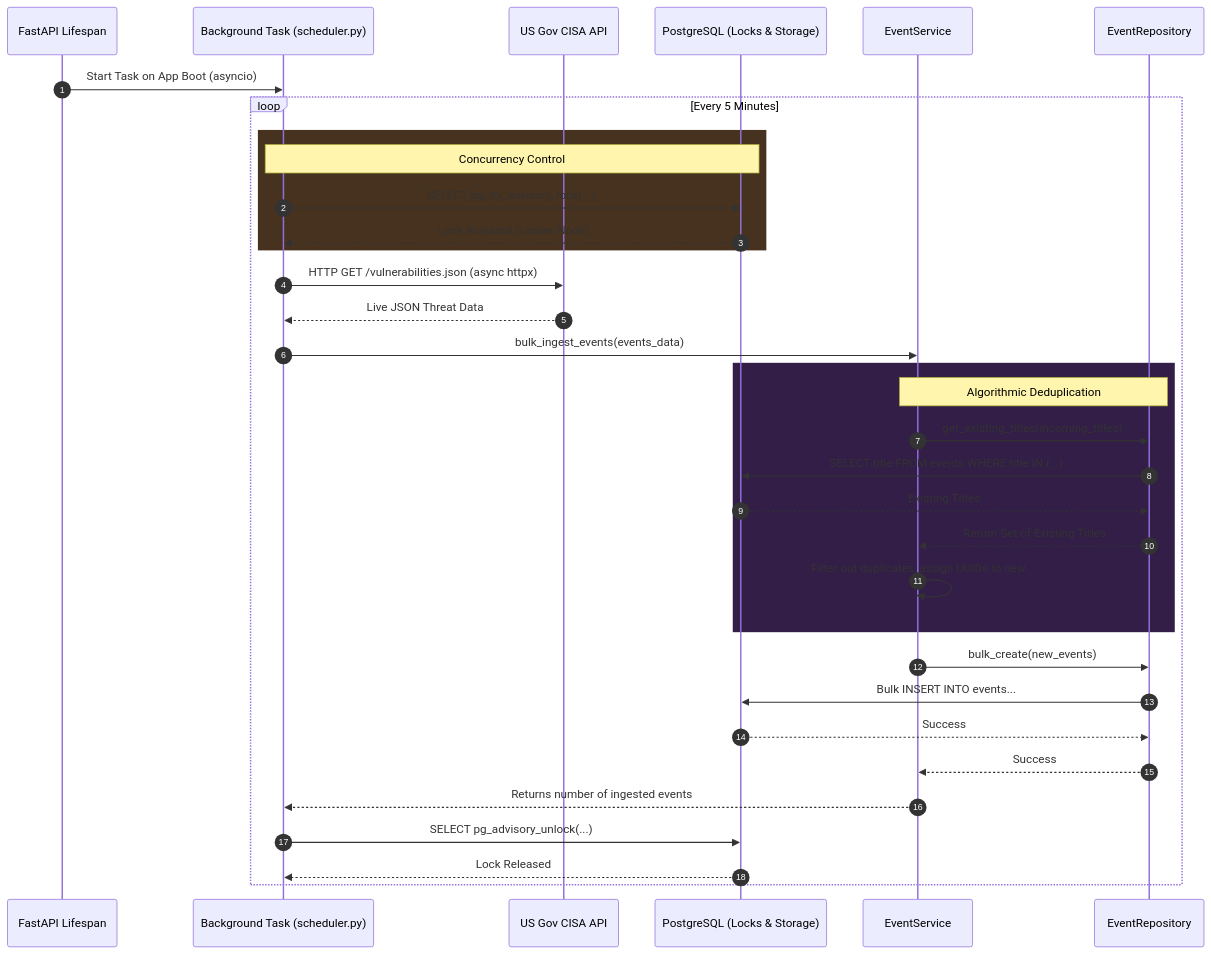
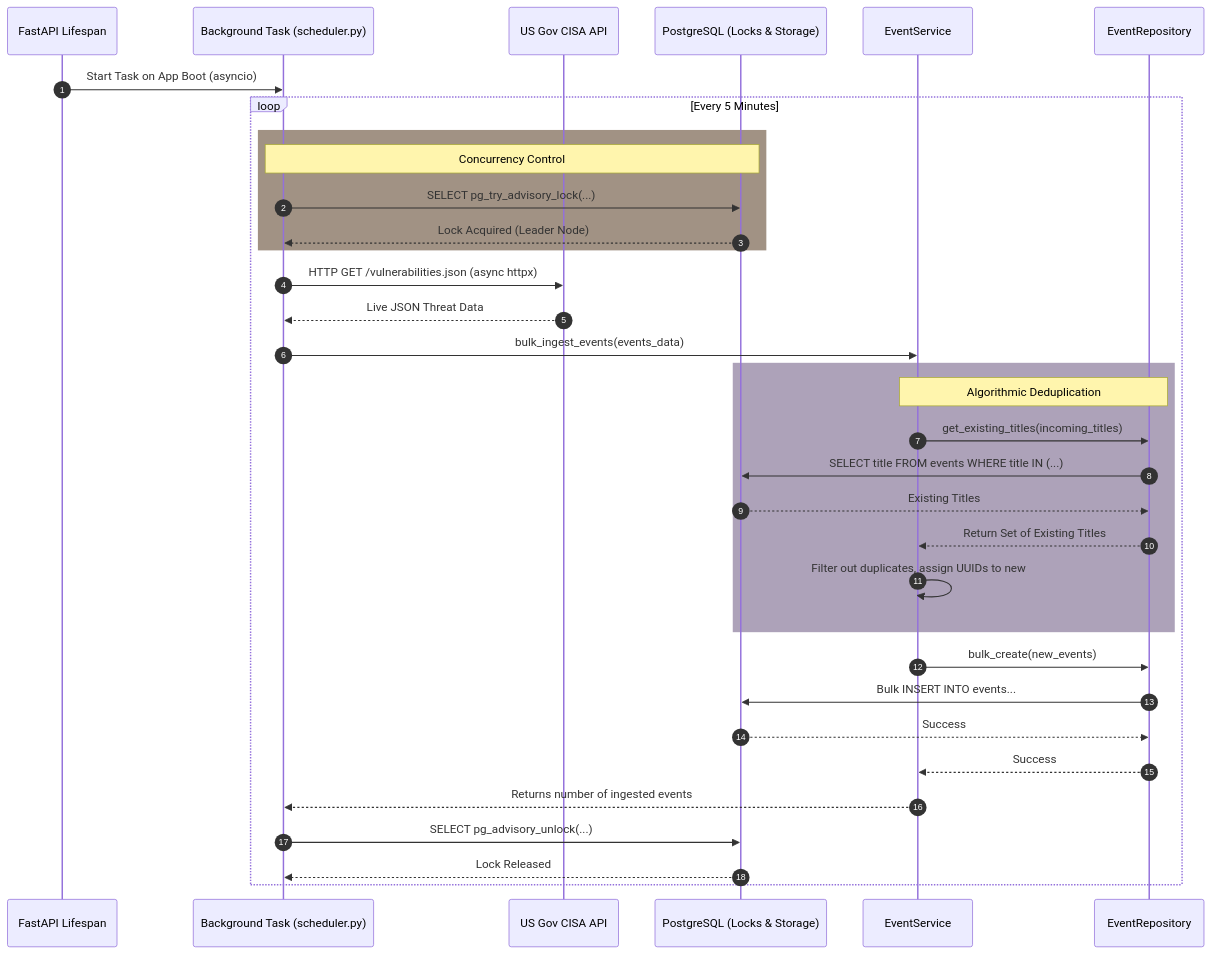
One commit to matan60003/PenguWave changed the second of 4 diagrams in SYSTEM_FLOW_DIAGRAMS.md. Above: the diagram before and after it, drawn with Mermaid. The commit also changed other lines of this file, not shown here.

Commit message:
Update system flow diagrams

````diff
--- a/SYSTEM_FLOW_DIAGRAMS.md
+++ b/SYSTEM_FLOW_DIAGRAMS.md
@@ -52,42 +52,42 @@
 ```mermaid
 sequenceDiagram
     autonumber
     participant Lifespan as FastAPI Lifespan
     participant Scheduler as Background Task (scheduler.py)
     participant CISA as US Gov CISA API
     participant DB as PostgreSQL (Locks & Storage)
     participant Service as EventService
     participant Repo as EventRepository
 
     Lifespan->>Scheduler: Start Task on App Boot (asyncio)
     
     loop Every 5 Minutes
-        rect rgb(70, 50, 30)
+        rect rgba(161, 146, 132, 1)
         Note over Scheduler,DB: Concurrency Control
         Scheduler->>DB: SELECT pg_try_advisory_lock(...)
         DB-->>Scheduler: Lock Acquired (Leader Node)
         end
         
         Scheduler->>CISA: HTTP GET /vulnerabilities.json (async httpx)
         CISA-->>Scheduler: Live JSON Threat Data
         Scheduler->>Service: bulk_ingest_events(events_data)
         
-        rect rgb(50, 30, 70)
+        rect rgba(173, 162, 185, 1)
         Note over Service,Repo: Algorithmic Deduplication
         Service->>Repo: get_existing_titles(incoming_titles)
         Repo->>DB: SELECT title FROM events WHERE title IN (...)
         DB-->>Repo: Existing Titles
         Repo-->>Service: Return Set of Existing Titles
         Service->>Service: Filter out duplicates, assign UUIDs to new
         end
         
         Service->>Repo: bulk_create(new_events)
         Repo->>DB: Bulk INSERT INTO events...
         DB-->>Repo: Success
         Repo-->>Service: Success
         Service-->>Scheduler: Returns number of ingested events
         
         Scheduler->>DB: SELECT pg_advisory_unlock(...)
         DB-->>Scheduler: Lock Released
     end
 ```
````
